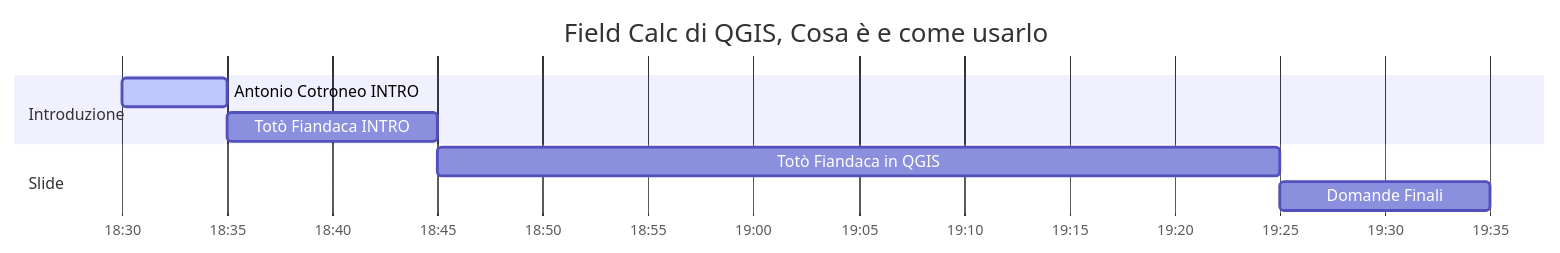
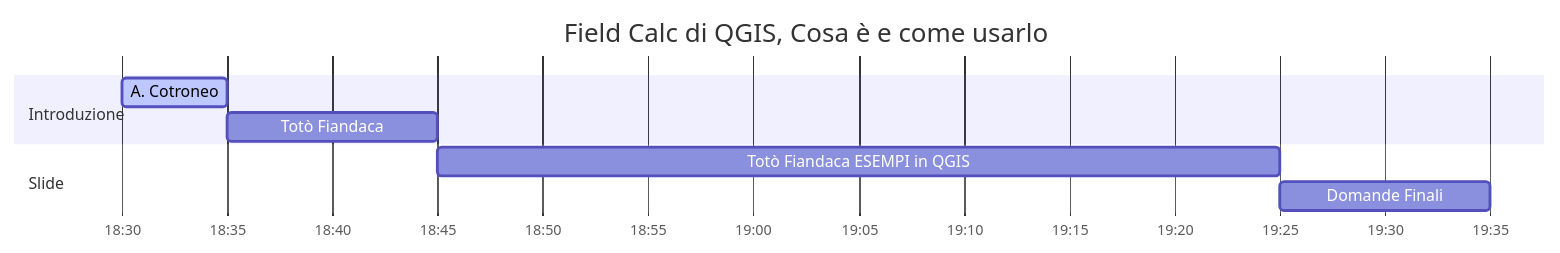
Before and after one commit to pigreco/field_calc_idraulica: the third of 3 diagrams in README.md, drawn with Mermaid.

````diff
--- a/README.md
+++ b/README.md
@@ -118,13 +118,13 @@
 ```mermaid
 gantt
 dateFormat HH:mm:ss
 title Field Calc di QGIS, Cosa è e come usarlo
 axisFormat  %H:%M
 
 section Introduzione
-Antonio Cotroneo INTRO     :active, des1, 18:30:00, 5m
-Totò Fiandaca INTRO        :des2, after des1, 10m
+A. Cotroneo                :active, des1, 18:30:00, 5m
+Totò Fiandaca              :des2, after des1, 10m
 section Slide
-Totò Fiandaca in QGIS      :des3, after des2, 40m
+Totò Fiandaca ESEMPI in QGIS      :des3, after des2, 40m
 Domande Finali             :des4, after des3, 10m
 ```
````
